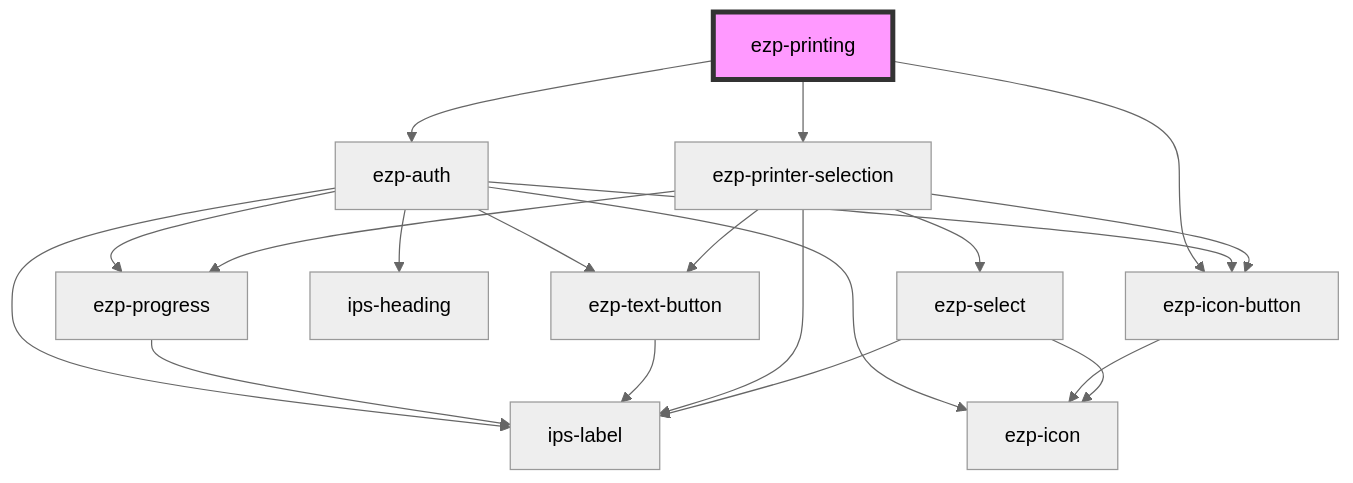
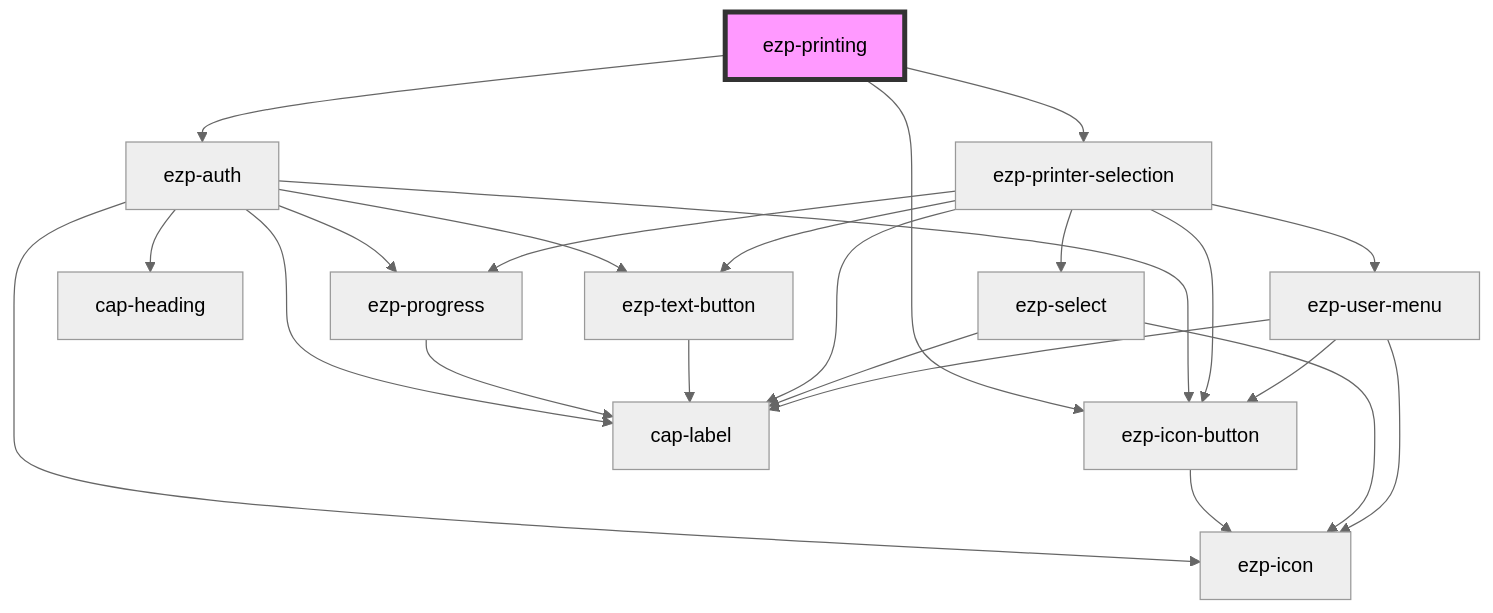
One commit to ezeep/ezeep-js changed the diagram in src/components/ezp-printing/readme.md. Above: the diagram before and after it, drawn with Mermaid (neutral theme). The commit also changed other lines of this file and 25 other files, not shown here.

Commit message:
Introduce user menu component

````diff
--- a/src/components/ezp-printing/readme.md
+++ b/src/components/ezp-printing/readme.md
@@ -43,23 +39,27 @@
 ```mermaid
 graph TD;
   ezp-printing --> ezp-auth
   ezp-printing --> ezp-printer-selection
   ezp-printing --> ezp-icon-button
   ezp-auth --> ezp-progress
   ezp-auth --> ezp-icon-button
   ezp-auth --> ezp-icon
-  ezp-auth --> ips-heading
-  ezp-auth --> ips-label
+  ezp-auth --> cap-heading
+  ezp-auth --> cap-label
   ezp-auth --> ezp-text-button
-  ezp-progress --> ips-label
+  ezp-progress --> cap-label
   ezp-icon-button --> ezp-icon
-  ezp-text-button --> ips-label
+  ezp-text-button --> cap-label
   ezp-printer-selection --> ezp-progress
-  ezp-printer-selection --> ips-label
+  ezp-printer-selection --> cap-label
   ezp-printer-selection --> ezp-icon-button
   ezp-printer-selection --> ezp-select
   ezp-printer-selection --> ezp-text-button
+  ezp-printer-selection --> ezp-user-menu
   ezp-select --> ezp-icon
-  ezp-select --> ips-label
+  ezp-select --> cap-label
+  ezp-user-menu --> cap-label
+  ezp-user-menu --> ezp-icon-button
+  ezp-user-menu --> ezp-icon
   style ezp-printing fill:#f9f,stroke:#333,stroke-width:4px
 ```
````
